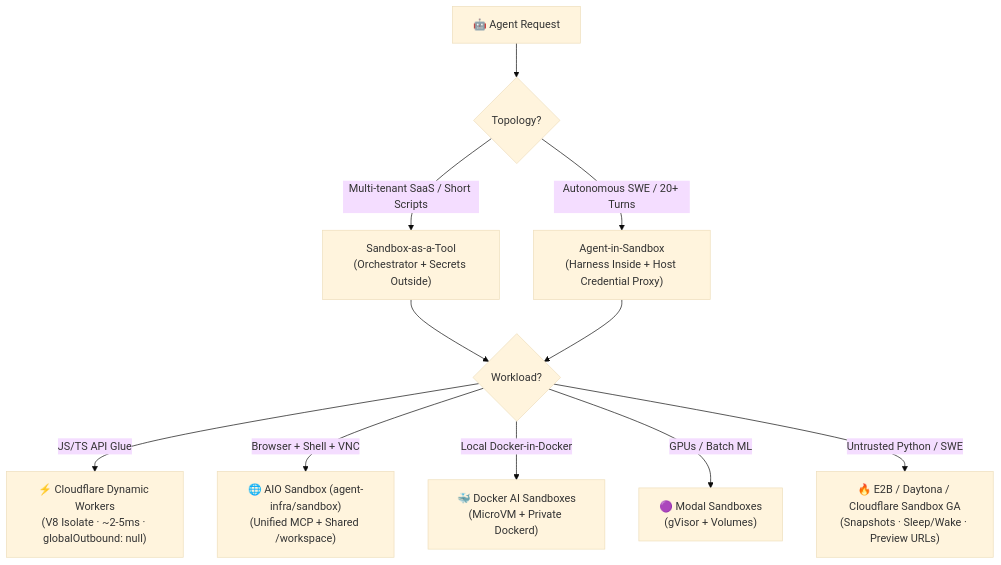
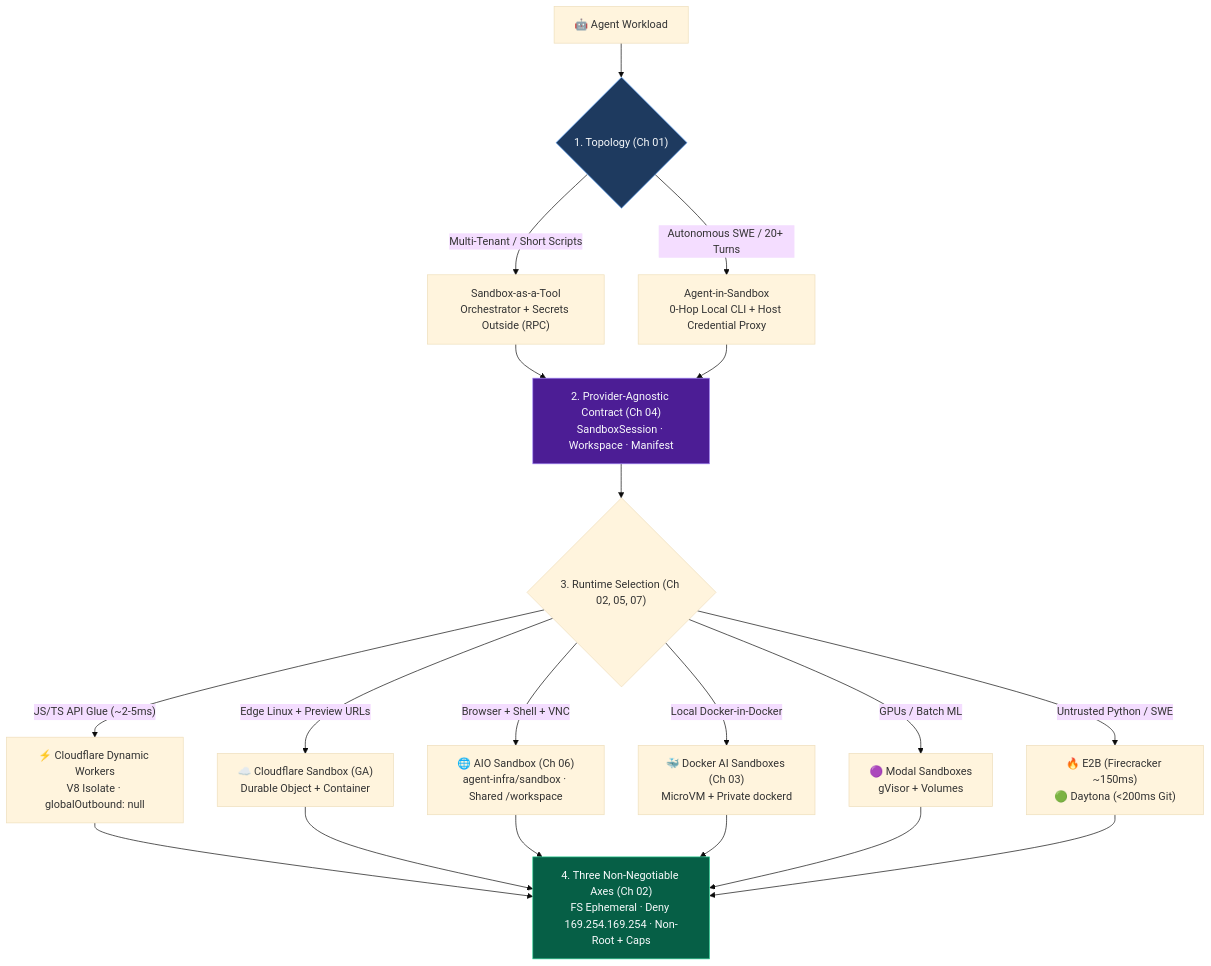
One commit to Amie-dev/FDE-and-GenAI-Mastery changed the diagram in Lecture 38 - AI Agent Sandboxes All-in-One/notes/Lecture_38_Complete_Notes.md. Above: the diagram before and after it, drawn with Mermaid (base theme). The commit also changed other lines of this file and 13 other files, not shown here.

Commit message:
Refactor Lecture 44 and Lecture 45 notes for clarity and depth; enhance structure with executive summaries, chapter-by-chapter revisions, and detailed cheat sheets. Update diagrams to reflect improved architecture and flow, emphasizing security measures and identity management protocols.

````diff
--- a/Lecture 38 - AI Agent Sandboxes All-in-One/notes/Lecture_38_Complete_Notes.md
+++ b/Lecture 38 - AI Agent Sandboxes All-in-One/notes/Lecture_38_Complete_Notes.md
@@ -31,15 +36,22 @@
 ```mermaid
 flowchart TD
-    A["🤖 Agent Request"] --> T{"Topology?"}
-    T -->|"Multi-tenant SaaS / Short Scripts"| T1["Sandbox-as-a-Tool<br/>(Orchestrator + Secrets Outside)"]
-    T -->|"Autonomous SWE / 20+ Turns"| T2["Agent-in-Sandbox<br/>(Harness Inside + Host Credential Proxy)"]
+    Req["🤖 Agent Workload"] --> Top{"1. Topology (Ch 01)"}
+    Top -->|"Multi-Tenant / Short Scripts"| T1["Sandbox-as-a-Tool<br/>Orchestrator + Secrets Outside (RPC)"]
+    Top -->|"Autonomous SWE / 20+ Turns"| T2["Agent-in-Sandbox<br/>0-Hop Local CLI + Host Credential Proxy"]
 
-    T1 --> R{"Workload?"}
-    T2 --> R
+    T1 & T2 --> Abs["2. Provider-Agnostic Contract (Ch 04)<br/>SandboxSession · Workspace · Manifest"]
+    Abs --> Route{"3. Runtime Selection (Ch 02, 05, 07)"}
 
-    R -->|"JS/TS API Glue"| DW["⚡ Cloudflare Dynamic Workers<br/>(V8 Isolate · ~2-5ms · globalOutbound: null)"]
-    R -->|"Browser + Shell + VNC"| AIO["🌐 AIO Sandbox (agent-infra/sandbox)<br/>(Unified MCP + Shared /workspace)"]
-    R -->|"Local Docker-in-Docker"| DAS["🐳 Docker AI Sandboxes<br/>(MicroVM + Private Dockerd)"]
-    R -->|"GPUs / Batch ML"| MOD["🟣 Modal Sandboxes<br/>(gVisor + Volumes)"]
-    R -->|"Untrusted Python / SWE"| CLD["🔥 E2B / Daytona / Cloudflare Sandbox GA<br/>(Snapshots · Sleep/Wake · Preview URLs)"]
+    Route -->|"JS/TS API Glue (~2-5ms)"| DW["⚡ Cloudflare Dynamic Workers<br/>V8 Isolate · globalOutbound: null"]
+    Route -->|"Edge Linux + Preview URLs"| CF["☁️ Cloudflare Sandbox (GA)<br/>Durable Object + Container"]
+    Route -->|"Browser + Shell + VNC"| AIO["🌐 AIO Sandbox (Ch 06)<br/>agent-infra/sandbox · Shared /workspace"]
+    Route -->|"Local Docker-in-Docker"| DAS["🐳 Docker AI Sandboxes (Ch 03)<br/>MicroVM + Private dockerd"]
+    Route -->|"GPUs / Batch ML"| MOD["🟣 Modal Sandboxes<br/>gVisor + Volumes"]
+    Route -->|"Untrusted Python / SWE"| E2B["🔥 E2B (Firecracker ~150ms)<br/>🟢 Daytona (&lt;200ms Git)"]
+
+    DW & CF & AIO & DAS & MOD & E2B --> Axes["4. Three Non-Negotiable Axes (Ch 02)<br/>FS Ephemeral · Deny 169.254.169.254 · Non-Root + Caps"]
+
+    style Top fill:#1e3a5f,stroke:#60a5fa,color:#f8fafc
+    style Abs fill:#4c1d95,stroke:#a78bfa,color:#f8fafc
+    style Axes fill:#065f46,stroke:#34d399,color:#f8fafc
 ```
````
